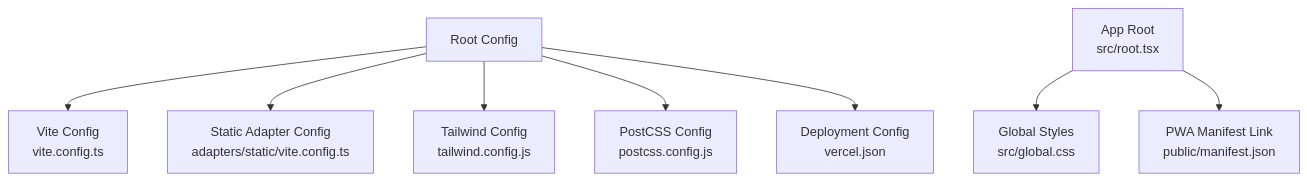
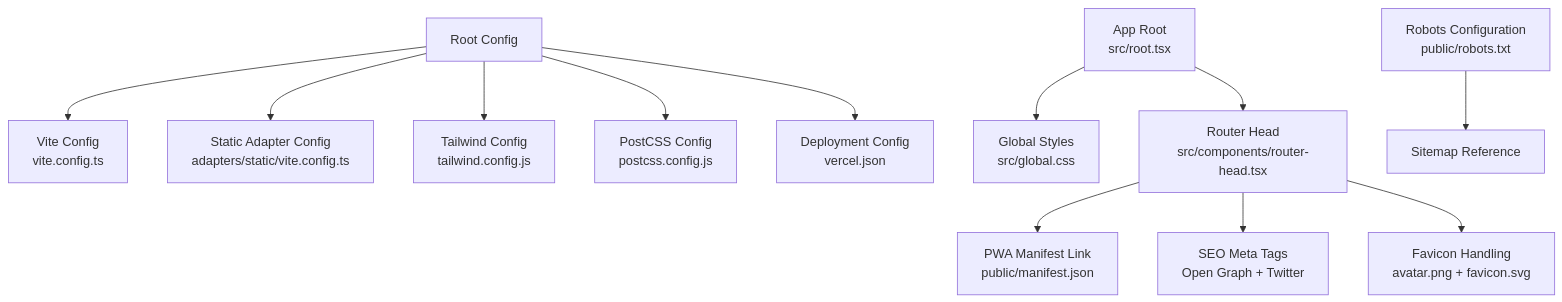
Before and after one commit to delirium-dj/modelcomp: the first of 6 diagrams in .qoder/repowiki/en/content/Configuration & Customization.md, drawn with Mermaid. The commit also changed other lines of this file and 132 other files, not shown here.

````diff
--- a/.qoder/repowiki/en/content/Configuration & Customization.md
+++ b/.qoder/repowiki/en/content/Configuration & Customization.md
@@ -49,10 +59,14 @@
 ```mermaid
 graph TB
 A["Root Config"] --> B["Vite Config<br/>vite.config.ts"]
 A --> C["Static Adapter Config<br/>adapters/static/vite.config.ts"]
 A --> D["Tailwind Config<br/>tailwind.config.js"]
 A --> E["PostCSS Config<br/>postcss.config.js"]
 A --> F["Deployment Config<br/>vercel.json"]
 G["App Root<br/>src/root.tsx"] --> H["Global Styles<br/>src/global.css"]
-G --> I["PWA Manifest Link<br/>public/manifest.json"]
+G --> I["Router Head<br/>src/components/router-head.tsx"]
+I --> J["PWA Manifest Link<br/>public/manifest.json"]
+I --> K["SEO Meta Tags<br/>Open Graph + Twitter"]
+I --> L["Favicon Handling<br/>avatar.png + favicon.svg"]
+M["Robots Configuration<br/>public/robots.txt"] --> N["Sitemap Reference"]
 ```
````
